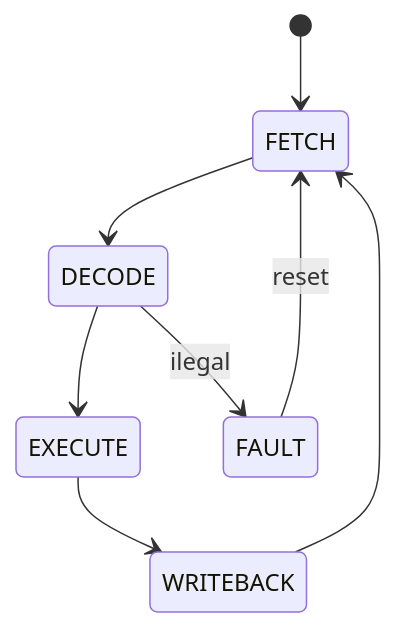
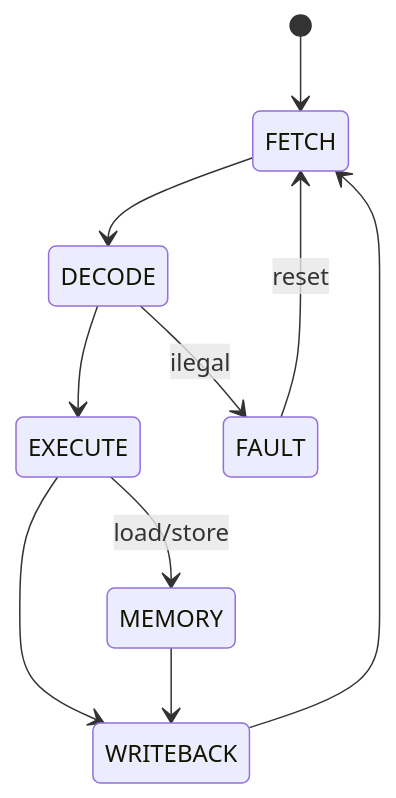
Before and after one commit to cmosuea-arch/RV32-multicycle: the diagram in docs/modules/control_unit.md, drawn with Mermaid. The commit also changed other lines of this file and 32 other files, not shown here.

````diff
--- a/docs/modules/control_unit.md
+++ b/docs/modules/control_unit.md
@@ -16,10 +16,12 @@
 ```mermaid
 stateDiagram-v2
  [*] --> FETCH
  FETCH --> DECODE
  DECODE --> EXECUTE
  EXECUTE --> WRITEBACK
+ EXECUTE --> MEMORY: load/store
+ MEMORY --> WRITEBACK
  WRITEBACK --> FETCH
  DECODE --> FAULT: ilegal
  FAULT --> FETCH: reset
 ```
````
